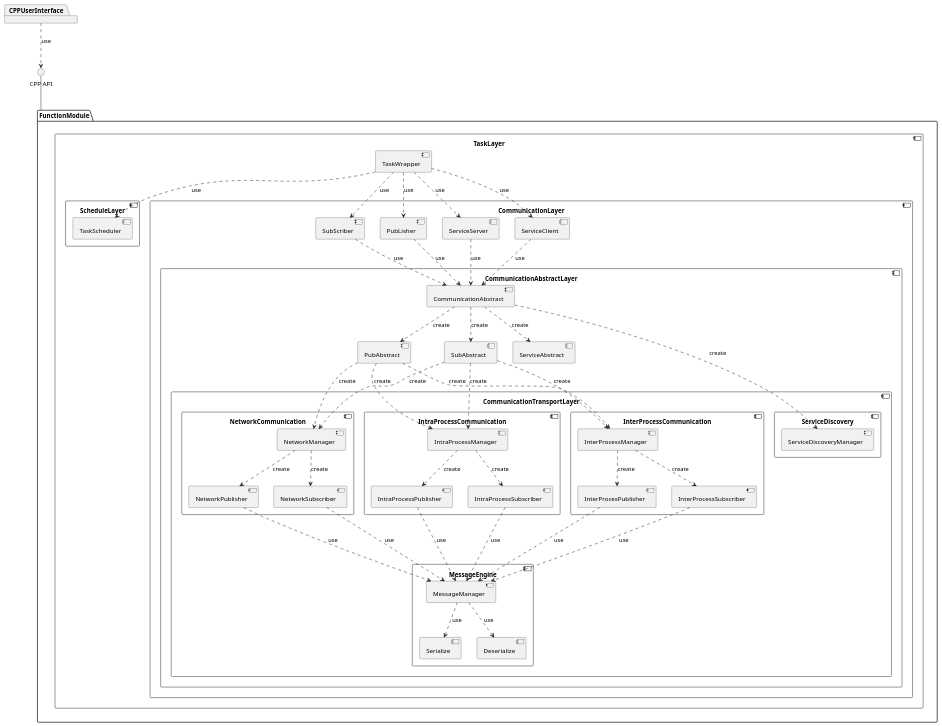
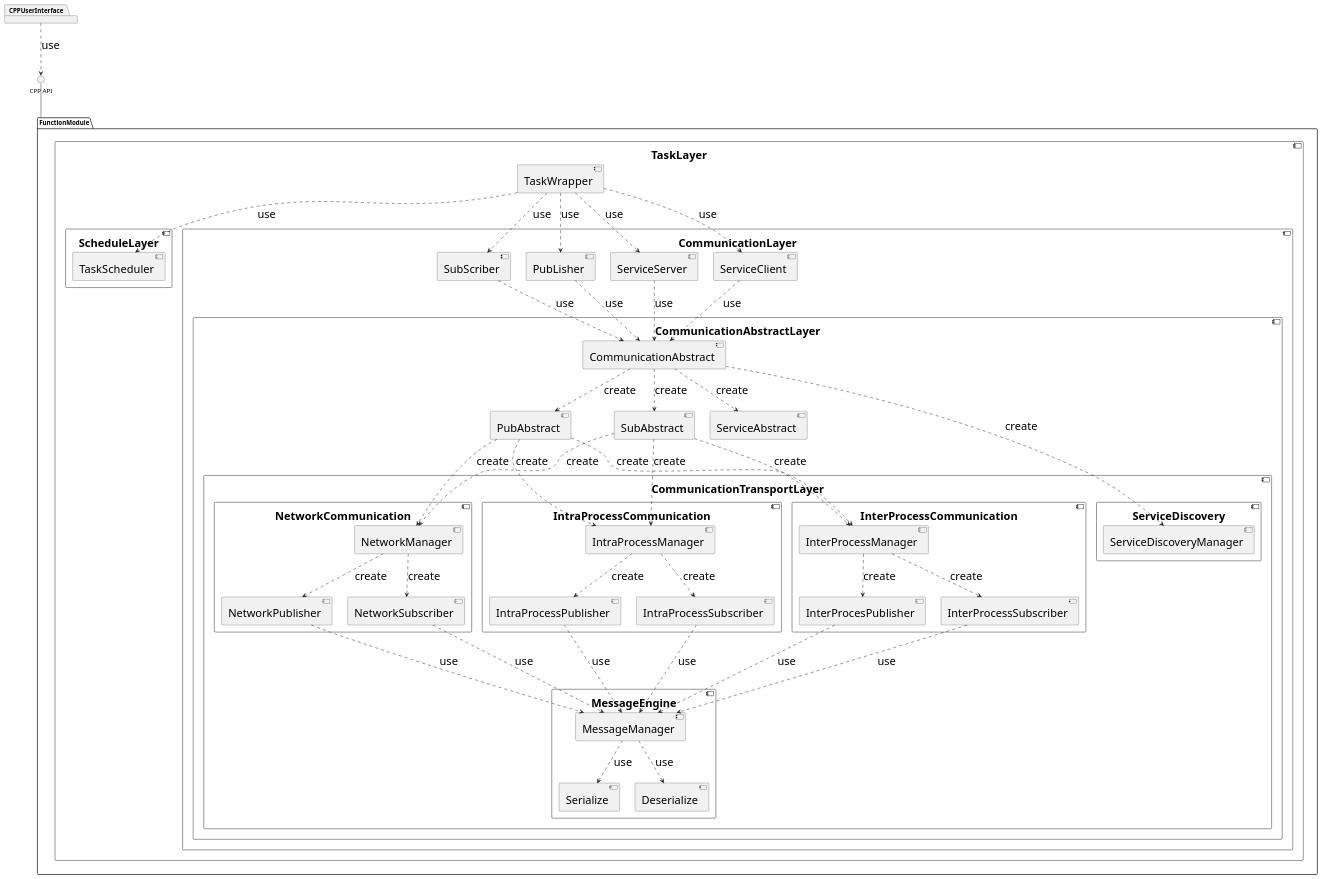
Before and after one commit to woshigerunze/new_paper: the diagram in uml/distributeModule.wsd, drawn with PlantUML. The commit also changed 5 other files, not shown here.

```diff
--- a/uml/distributeModule.wsd
+++ b/uml/distributeModule.wsd
@@ -1,99 +1,101 @@
 @startuml
-' skinparam component{
-'     FontSize 25
-'     TitleFontSize 25
-'     ArrowFontSize 25
-'     InterfaceFontSize 25
-'     CaptionFontSize 25
-'     HeaderFontSize 25
-'     LabelFontSize 25
-'     DomainFontSize 25
-' }
+skinparam component{
+    FontSize 25
+    TitleFontSize 25
+    ArrowFontSize 25
+    InterfaceFontSize 25
+    CaptionFontSize 25
+    HeaderFontSize 25
+    LabelFontSize 25
+    DomainFontSize 25
+    PackageFontSize 35
+    ComponentFontSize 25
+}
 package CPPUserInterface
 package FunctionModule{
 component TaskLayer{
     [TaskWrapper]
     component ScheduleLayer{
         [TaskScheduler]
     }
     component CommunicationLayer{
         [SubScriber]
         [PubLisher]
         [ServiceServer]
         [ServiceClient]
         component CommunicationAbstractLayer{
             [CommunicationAbstract]
             [PubAbstract]
             [SubAbstract]
             [ServiceAbstract]
         component CommunicationTransportLayer{
             component NetworkCommunication{
                 [NetworkManager]
                 [NetworkPublisher]
                 [NetworkSubscriber]
             }
             component IntraProcessCommunication{
                 [IntraProcessManager]
                 [IntraProcessPublisher]
                 [IntraProcessSubscriber]
             }
             component InterProcessCommunication{
                 [InterProcessManager]
                 [InterProcesPublisher]
                 [InterProcessSubscriber]
             }
             component MessageEngine{
                 [MessageManager]
                 [Serialize]
                 [Deserialize]
             }
             component ServiceDiscovery{
                 [ServiceDiscoveryManager]
             }
         }
         }
     }
 }
 [TaskWrapper] ..> [TaskScheduler] : use
 [TaskWrapper] ..> [SubScriber] : use
 [TaskWrapper] ..> [PubLisher] : use
 [TaskWrapper] ..> [ServiceServer] : use
 [TaskWrapper] ..> [ServiceClient] : use
 
 [SubScriber] ..> [CommunicationAbstract] : use
 [PubLisher] ..> [CommunicationAbstract] : use
 [ServiceServer] ..> [CommunicationAbstract] : use
 [ServiceClient] ..> [CommunicationAbstract] : use
 
 [CommunicationAbstract] ..> [PubAbstract] : create
 [CommunicationAbstract] ..> [SubAbstract] : create
 [CommunicationAbstract] ..> [ServiceAbstract] : create
 [CommunicationAbstract] ..> [ServiceDiscoveryManager] : create
 
 [PubAbstract] ..> [NetworkManager] : create
 [PubAbstract] ..> [IntraProcessManager] : create
 [PubAbstract] ..> [InterProcessManager] : create
 
 [SubAbstract] ..> [NetworkManager] : create
 [SubAbstract] ..> [IntraProcessManager] : create
 [SubAbstract] ..> [InterProcessManager] : create
 
 [NetworkManager] ..> [NetworkPublisher] : create
 [NetworkManager] ..> [NetworkSubscriber] : create
 [IntraProcessManager] ..> [IntraProcessPublisher] : create
 [IntraProcessManager] ..> [IntraProcessSubscriber] : create
 [InterProcessManager] ..> [InterProcesPublisher] : create
 [InterProcessManager] ..> [InterProcessSubscriber] : create
 
 [NetworkPublisher] ..down-> [MessageManager] : use
 [NetworkSubscriber] ..down-> [MessageManager] : use
 [IntraProcessPublisher] ..down-> [MessageManager] : use
 [IntraProcessSubscriber] ..down-> [MessageManager] : use
 [InterProcesPublisher] ..down-> [MessageManager] : use
 [InterProcessSubscriber] ..down-> [MessageManager] : use
 [MessageManager] ..> [Deserialize] : use
 [MessageManager] ..> [Serialize] : use
 }
 FunctionModule -up-  () "CPP API"
 CPPUserInterface ..> () "CPP API" : use
 @enduml
```
